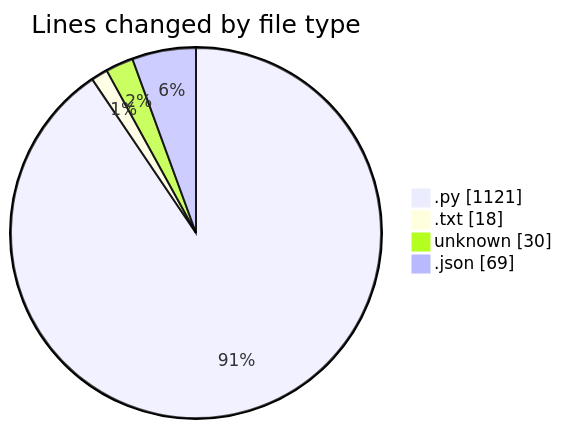
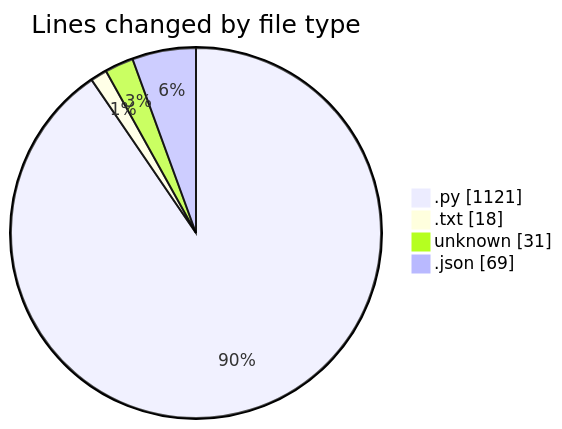
Before and after one commit to Unknowalive/code-tracking: the first of 2 diagrams in 2026-07-03/researchlens/README.md, drawn with Mermaid. The commit also changed other lines of this file and 1 other file, not shown here.

````diff
--- a/2026-07-03/researchlens/README.md
+++ b/2026-07-03/researchlens/README.md
@@ -34,8 +34,8 @@
 ```mermaid
 pie showData
 title Lines changed by file type
 ".py" : 1121
 ".txt" : 18
-"unknown" : 30
+"unknown" : 31
 ".json" : 69
 ```
````
